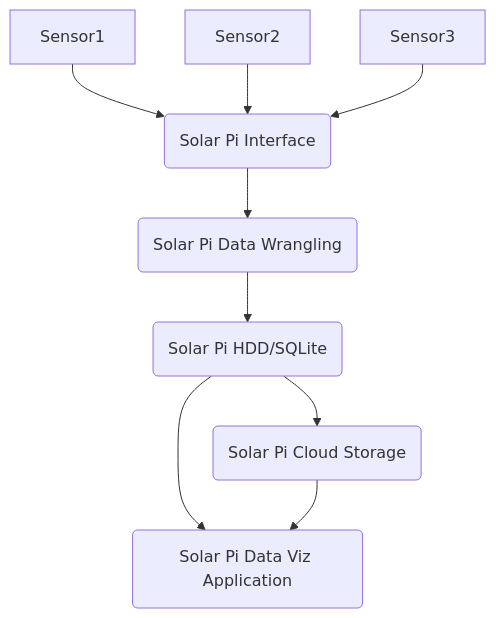
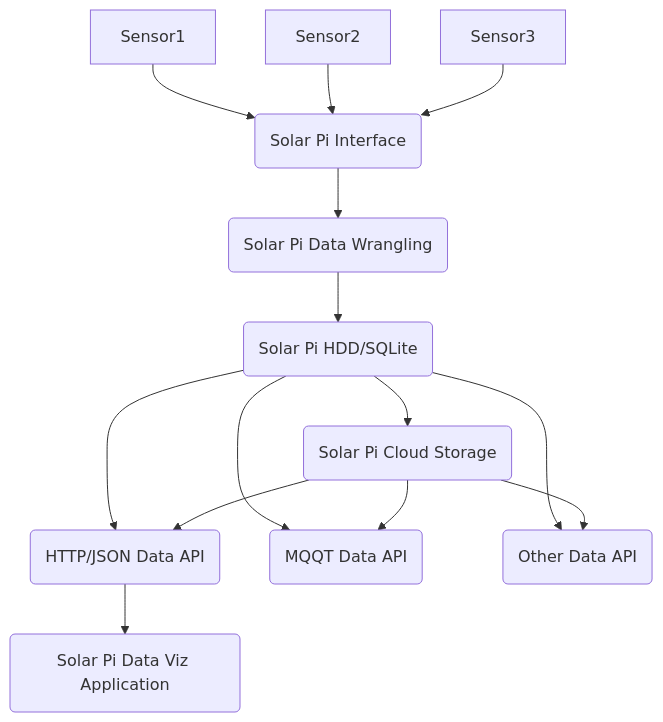
One commit to ericdmoore/solar-pi changed the second of 2 diagrams in README.md. Above: the diagram before and after it, drawn with Mermaid. The commit also changed other lines of this file, not shown here.

Commit message:
Added Data Interfaces to Component Diagram

````diff
--- a/README.md
+++ b/README.md
@@ -184,11 +169,16 @@
 ```mermaid
   graph TD;
-      Sensor1-->SolPiIntf(Solar Pi Interface)
-      Sensor2-->SolPiIntf(Solar Pi Interface)
-      Sensor3-->SolPiIntf(Solar Pi Interface)
-      SolPiIntf(Solar Pi Interface)-->solData(Solar Pi Data Wrangling)
+      Sensor1-->HWIntf(Solar Pi Interface)
+      Sensor2-->HWIntf(Solar Pi Interface)
+      Sensor3-->HWIntf(Solar Pi Interface)
+      HWIntf(Solar Pi Interface)-->solData(Solar Pi Data Wrangling)
       solData(Solar Pi Data Wrangling)-->solStorageLocal(Solar Pi HDD/SQLite)
       solStorageLocal(Solar Pi HDD/SQLite)-->solCloudStorage(Solar Pi Cloud Storage)
-      solStorageLocal-->solVizApp(Solar Pi Data Viz Application)
-      solCloudStorage-->solVizApp(Solar Pi Data Viz Application)
+      solStorageLocal-->ApiIntf1(HTTP/JSON Data API)
+      solCloudStorage-->ApiIntf1(HTTP/JSON Data API)
+      solStorageLocal-->ApiIntf2(MQQT Data API)
+      solCloudStorage-->ApiIntf2(MQQT Data API)
+      solStorageLocal-->ApiIntfN(Other Data API)
+      solCloudStorage-->ApiIntfN(Other Data API)
+      ApiIntf1-->solVizApp(Solar Pi Data Viz Application)
 ```
````
